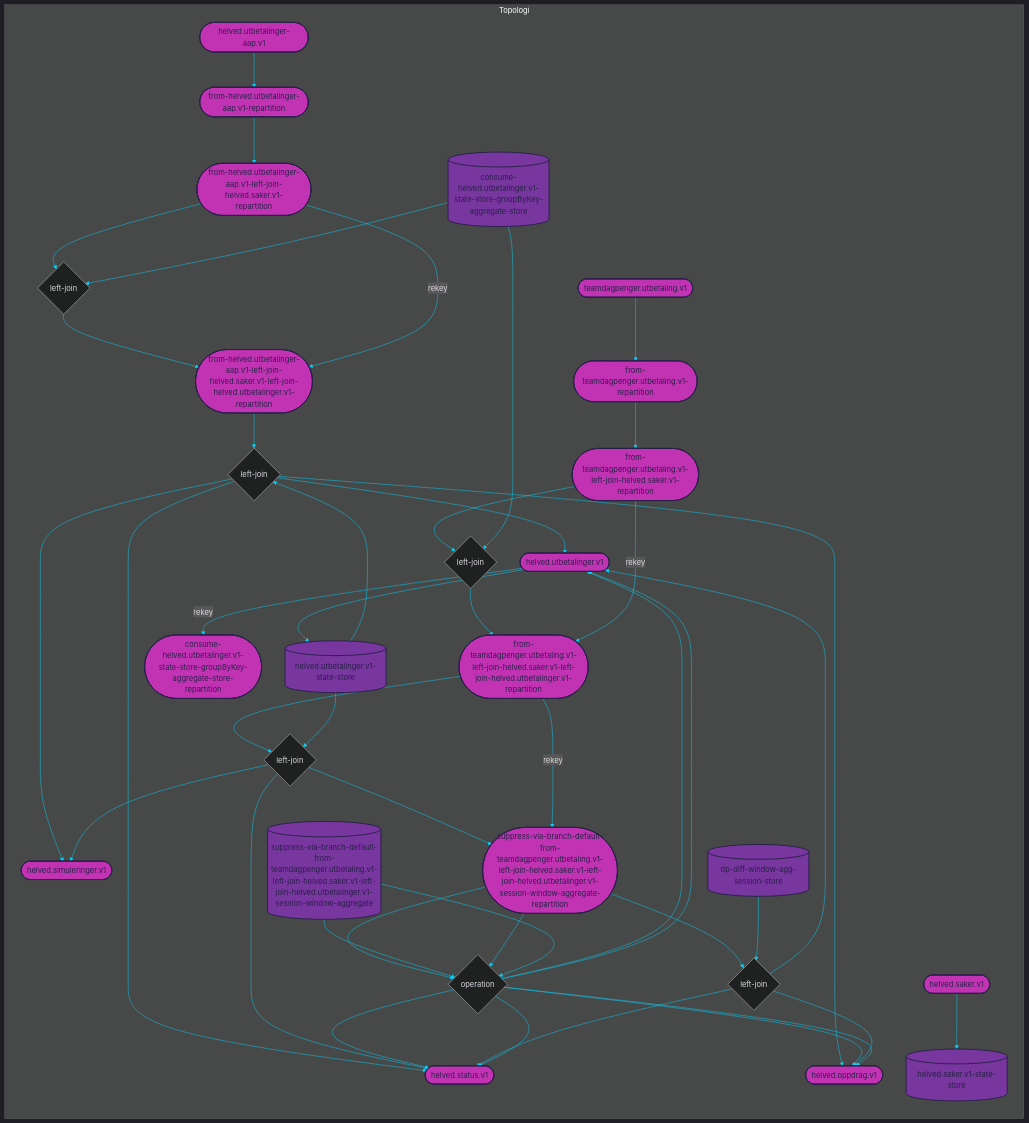
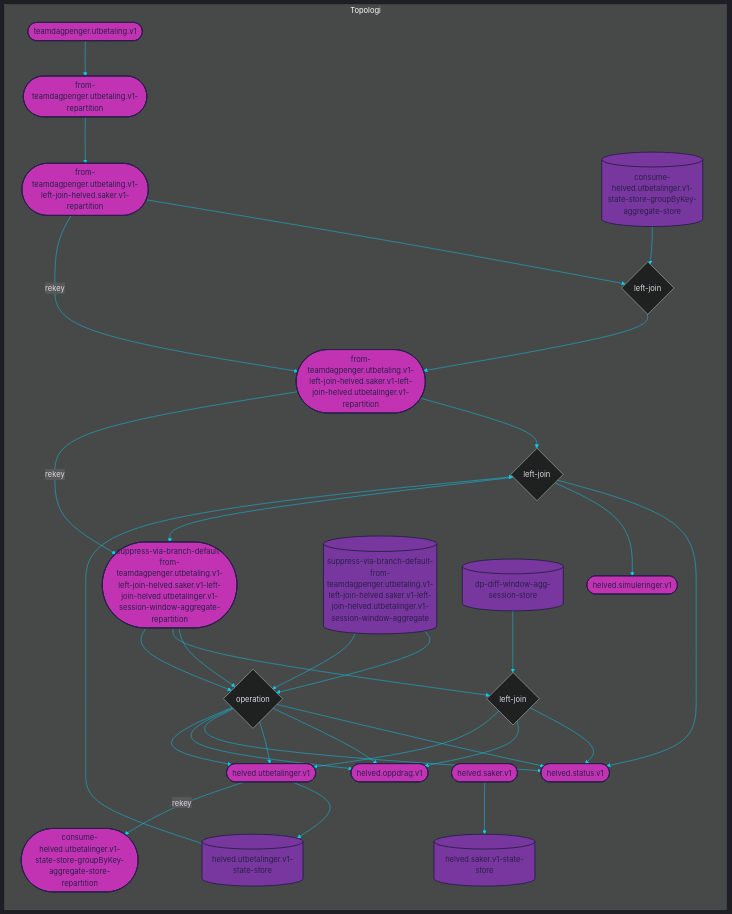
The diagram in dokumentasjon/abetal.mmd (navikt/helved-utbetaling), drawn with Mermaid before and after one commit. The commit also changed 11 other files, not shown here.

```diff
--- a/dokumentasjon/abetal.mmd
+++ b/dokumentasjon/abetal.mmd
@@ -5,26 +5,20 @@
 
 subgraph Topologi
     %% TOPICS
-    from-helved.utbetalinger-aap.v1-left-join-helved.saker.v1-left-join-helved.utbetalinger.v1-repartition([from-helved.utbetalinger-aap.v1-left-join-helved.saker.v1-left-join-helved.utbetalinger.v1-repartition])
-	from-teamdagpenger.utbetaling.v1-left-join-helved.saker.v1-left-join-helved.utbetalinger.v1-repartition([from-teamdagpenger.utbetaling.v1-left-join-helved.saker.v1-left-join-helved.utbetalinger.v1-repartition])
+    from-teamdagpenger.utbetaling.v1-left-join-helved.saker.v1-left-join-helved.utbetalinger.v1-repartition([from-teamdagpenger.utbetaling.v1-left-join-helved.saker.v1-left-join-helved.utbetalinger.v1-repartition])
 	helved.utbetalinger.v1([helved.utbetalinger.v1])
 	consume-helved.utbetalinger.v1-state-store-groupByKey-aggregate-store-repartition([consume-helved.utbetalinger.v1-state-store-groupByKey-aggregate-store-repartition])
-	helved.oppdrag.v1([helved.oppdrag.v1])
 	helved.simuleringer.v1([helved.simuleringer.v1])
 	helved.status.v1([helved.status.v1])
 	suppress-via-branch-default-from-teamdagpenger.utbetaling.v1-left-join-helved.saker.v1-left-join-helved.utbetalinger.v1-session-window-aggregate-repartition([suppress-via-branch-default-from-teamdagpenger.utbetaling.v1-left-join-helved.saker.v1-left-join-helved.utbetalinger.v1-session-window-aggregate-repartition])
-	from-helved.utbetalinger-aap.v1-left-join-helved.saker.v1-repartition([from-helved.utbetalinger-aap.v1-left-join-helved.saker.v1-repartition])
 	from-teamdagpenger.utbetaling.v1-left-join-helved.saker.v1-repartition([from-teamdagpenger.utbetaling.v1-left-join-helved.saker.v1-repartition])
 	helved.saker.v1([helved.saker.v1])
-	helved.utbetalinger-aap.v1([helved.utbetalinger-aap.v1])
-	from-helved.utbetalinger-aap.v1-repartition([from-helved.utbetalinger-aap.v1-repartition])
 	teamdagpenger.utbetaling.v1([teamdagpenger.utbetaling.v1])
 	from-teamdagpenger.utbetaling.v1-repartition([from-teamdagpenger.utbetaling.v1-repartition])
+	helved.oppdrag.v1([helved.oppdrag.v1])
 
     %% JOINS
-    from-helved.utbetalinger-aap.v1-left-join-helved.saker.v1-left-join-helved.utbetalinger.v1{left-join}
-	from-teamdagpenger.utbetaling.v1-left-join-helved.saker.v1-left-join-helved.utbetalinger.v1{left-join}
-	from-helved.utbetalinger-aap.v1-left-join-helved.saker.v1{left-join}
+    from-teamdagpenger.utbetaling.v1-left-join-helved.saker.v1-left-join-helved.utbetalinger.v1{left-join}
 	from-teamdagpenger.utbetaling.v1-left-join-helved.saker.v1{left-join}
 	via-branch-default-from-teamdagpenger.utbetaling.v1-left-join-helved.saker.v1-left-join-helved.utbetalinger.v1-session-window-operation-reduced{left-join}
 	suppress-via-branch-default-from-teamdagpenger.utbetaling.v1-left-join-helved.saker.v1-left-join-helved.utbetalinger.v1-session-window{left-join}
@@ -47,20 +41,11 @@
     
     
     %% JOIN STREAMS
-    from-helved.utbetalinger-aap.v1-left-join-helved.saker.v1-left-join-helved.utbetalinger.v1-repartition --> from-helved.utbetalinger-aap.v1-left-join-helved.saker.v1-left-join-helved.utbetalinger.v1
-	helved.utbetalinger.v1-state-store --> from-helved.utbetalinger-aap.v1-left-join-helved.saker.v1-left-join-helved.utbetalinger.v1
-	from-helved.utbetalinger-aap.v1-left-join-helved.saker.v1-left-join-helved.utbetalinger.v1 --> helved.status.v1
-	from-helved.utbetalinger-aap.v1-left-join-helved.saker.v1-left-join-helved.utbetalinger.v1 --> helved.simuleringer.v1
-	from-helved.utbetalinger-aap.v1-left-join-helved.saker.v1-left-join-helved.utbetalinger.v1 --> helved.utbetalinger.v1
-	from-helved.utbetalinger-aap.v1-left-join-helved.saker.v1-left-join-helved.utbetalinger.v1 --> helved.oppdrag.v1
-	from-teamdagpenger.utbetaling.v1-left-join-helved.saker.v1-left-join-helved.utbetalinger.v1-repartition --> from-teamdagpenger.utbetaling.v1-left-join-helved.saker.v1-left-join-helved.utbetalinger.v1
+    from-teamdagpenger.utbetaling.v1-left-join-helved.saker.v1-left-join-helved.utbetalinger.v1-repartition --> from-teamdagpenger.utbetaling.v1-left-join-helved.saker.v1-left-join-helved.utbetalinger.v1
 	helved.utbetalinger.v1-state-store --> from-teamdagpenger.utbetaling.v1-left-join-helved.saker.v1-left-join-helved.utbetalinger.v1
 	from-teamdagpenger.utbetaling.v1-left-join-helved.saker.v1-left-join-helved.utbetalinger.v1 --> helved.status.v1
 	from-teamdagpenger.utbetaling.v1-left-join-helved.saker.v1-left-join-helved.utbetalinger.v1 --> helved.simuleringer.v1
 	from-teamdagpenger.utbetaling.v1-left-join-helved.saker.v1-left-join-helved.utbetalinger.v1 --> suppress-via-branch-default-from-teamdagpenger.utbetaling.v1-left-join-helved.saker.v1-left-join-helved.utbetalinger.v1-session-window-aggregate-repartition
-	from-helved.utbetalinger-aap.v1-left-join-helved.saker.v1-repartition --> from-helved.utbetalinger-aap.v1-left-join-helved.saker.v1
-	consume-helved.utbetalinger.v1-state-store-groupByKey-aggregate-store --> from-helved.utbetalinger-aap.v1-left-join-helved.saker.v1
-	from-helved.utbetalinger-aap.v1-left-join-helved.saker.v1 --> from-helved.utbetalinger-aap.v1-left-join-helved.saker.v1-left-join-helved.utbetalinger.v1-repartition
 	from-teamdagpenger.utbetaling.v1-left-join-helved.saker.v1-repartition --> from-teamdagpenger.utbetaling.v1-left-join-helved.saker.v1
 	consume-helved.utbetalinger.v1-state-store-groupByKey-aggregate-store --> from-teamdagpenger.utbetaling.v1-left-join-helved.saker.v1
 	from-teamdagpenger.utbetaling.v1-left-join-helved.saker.v1 --> from-teamdagpenger.utbetaling.v1-left-join-helved.saker.v1-left-join-helved.utbetalinger.v1-repartition
@@ -88,13 +73,10 @@
     %% REPARTITION STREAMS
     from-teamdagpenger.utbetaling.v1-left-join-helved.saker.v1-left-join-helved.utbetalinger.v1-repartition --> |rekey| suppress-via-branch-default-from-teamdagpenger.utbetaling.v1-left-join-helved.saker.v1-left-join-helved.utbetalinger.v1-session-window-aggregate-repartition
 	helved.utbetalinger.v1 --> |rekey| consume-helved.utbetalinger.v1-state-store-groupByKey-aggregate-store-repartition
-	from-helved.utbetalinger-aap.v1-left-join-helved.saker.v1-repartition --> |rekey| from-helved.utbetalinger-aap.v1-left-join-helved.saker.v1-left-join-helved.utbetalinger.v1-repartition
 	from-teamdagpenger.utbetaling.v1-left-join-helved.saker.v1-repartition --> |rekey| from-teamdagpenger.utbetaling.v1-left-join-helved.saker.v1-left-join-helved.utbetalinger.v1-repartition
     
     %% BASIC STREAMS
-    helved.utbetalinger-aap.v1 --> from-helved.utbetalinger-aap.v1-repartition
-	from-helved.utbetalinger-aap.v1-repartition --> from-helved.utbetalinger-aap.v1-left-join-helved.saker.v1-repartition
-	teamdagpenger.utbetaling.v1 --> from-teamdagpenger.utbetaling.v1-repartition
+    teamdagpenger.utbetaling.v1 --> from-teamdagpenger.utbetaling.v1-repartition
 	from-teamdagpenger.utbetaling.v1-repartition --> from-teamdagpenger.utbetaling.v1-left-join-helved.saker.v1-repartition
     
     %% CUSTOM PROCESS STREAMS
@@ -113,21 +95,17 @@
 %% blue     #07cff6
 
 %% STYLES
-style from-helved.utbetalinger-aap.v1-left-join-helved.saker.v1-left-join-helved.utbetalinger.v1-repartition fill:#c233b4, stroke:#2a204a, stroke-width:2px, color:#2a204a
 style from-teamdagpenger.utbetaling.v1-left-join-helved.saker.v1-left-join-helved.utbetalinger.v1-repartition fill:#c233b4, stroke:#2a204a, stroke-width:2px, color:#2a204a
 style helved.utbetalinger.v1 fill:#c233b4, stroke:#2a204a, stroke-width:2px, color:#2a204a
 style consume-helved.utbetalinger.v1-state-store-groupByKey-aggregate-store-repartition fill:#c233b4, stroke:#2a204a, stroke-width:2px, color:#2a204a
-style helved.oppdrag.v1 fill:#c233b4, stroke:#2a204a, stroke-width:2px, color:#2a204a
 style helved.simuleringer.v1 fill:#c233b4, stroke:#2a204a, stroke-width:2px, color:#2a204a
 style helved.status.v1 fill:#c233b4, stroke:#2a204a, stroke-width:2px, color:#2a204a
 style suppress-via-branch-default-from-teamdagpenger.utbetaling.v1-left-join-helved.saker.v1-left-join-helved.utbetalinger.v1-session-window-aggregate-repartition fill:#c233b4, stroke:#2a204a, stroke-width:2px, color:#2a204a
-style from-helved.utbetalinger-aap.v1-left-join-helved.saker.v1-repartition fill:#c233b4, stroke:#2a204a, stroke-width:2px, color:#2a204a
 style from-teamdagpenger.utbetaling.v1-left-join-helved.saker.v1-repartition fill:#c233b4, stroke:#2a204a, stroke-width:2px, color:#2a204a
 style helved.saker.v1 fill:#c233b4, stroke:#2a204a, stroke-width:2px, color:#2a204a
-style helved.utbetalinger-aap.v1 fill:#c233b4, stroke:#2a204a, stroke-width:2px, color:#2a204a
-style from-helved.utbetalinger-aap.v1-repartition fill:#c233b4, stroke:#2a204a, stroke-width:2px, color:#2a204a
 style teamdagpenger.utbetaling.v1 fill:#c233b4, stroke:#2a204a, stroke-width:2px, color:#2a204a
 style from-teamdagpenger.utbetaling.v1-repartition fill:#c233b4, stroke:#2a204a, stroke-width:2px, color:#2a204a
+style helved.oppdrag.v1 fill:#c233b4, stroke:#2a204a, stroke-width:2px, color:#2a204a
 style helved.utbetalinger.v1-state-store fill:#78369f, stroke:#2a204a, stroke-width:2px, color:#2a204a
 style consume-helved.utbetalinger.v1-state-store-groupByKey-aggregate-store fill:#78369f, stroke:#2a204a, stroke-width:2px, color:#2a204a
 style suppress-via-branch-default-from-teamdagpenger.utbetaling.v1-left-join-helved.saker.v1-left-join-helved.utbetalinger.v1-session-window-aggregate fill:#78369f, stroke:#2a204a, stroke-width:2px, color:#2a204a
```
